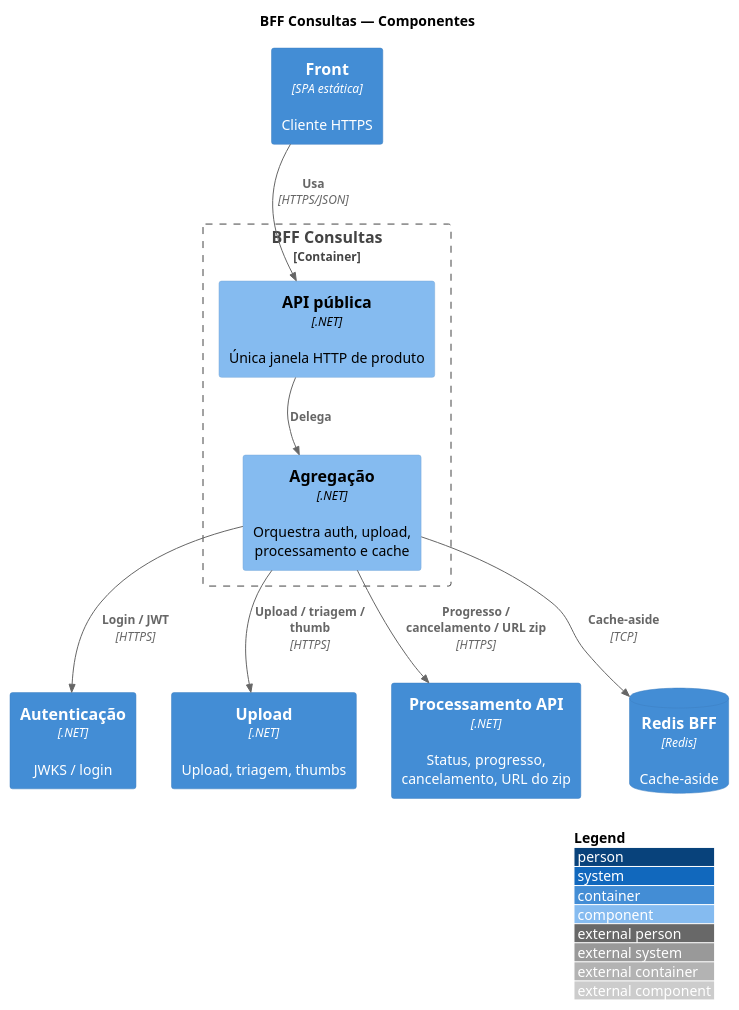
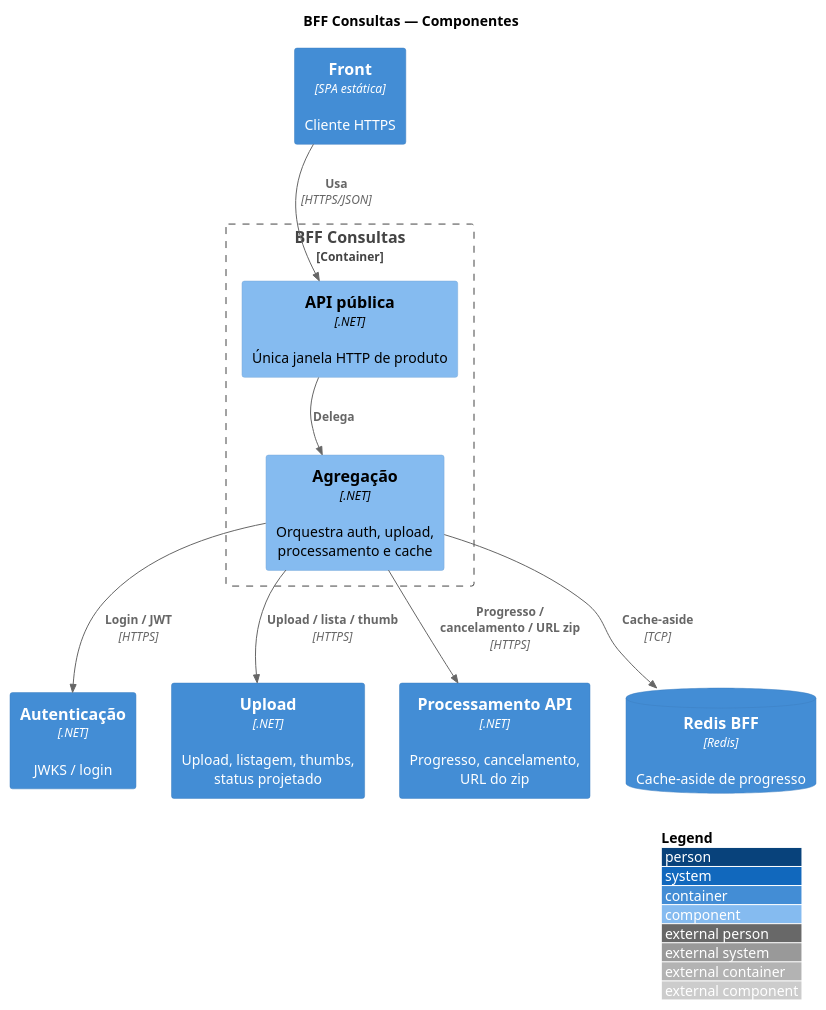
Before and after one commit to fiap-x-vcosta/docs: the diagram in arquitetura/09_componentes-bff.puml, drawn with PlantUML. The commit also changed 26 other files, not shown here.

Commit message:
docs: status de processamento unificado; Upload como projeção da listagem

```diff
--- a/arquitetura/09_componentes-bff.puml
+++ b/arquitetura/09_componentes-bff.puml
@@ -1,34 +1,34 @@
 @startuml 09_componentes-bff
 !include https://raw.githubusercontent.com/plantuml-stdlib/C4-PlantUML/master/C4_Component.puml
 
 LAYOUT_WITH_LEGEND()
 LAYOUT_TOP_DOWN()
 
 title BFF Consultas — Componentes
 
 Container(web, "Front", "SPA estática", "Cliente HTTPS")
 Container(auth, "Autenticação", ".NET", "JWKS / login")
-Container(upload, "Upload", ".NET", "Upload, triagem, thumbs")
-Container(procApi, "Processamento API", ".NET", "Status, progresso, cancelamento, URL do zip")
-ContainerDb(redis, "Redis BFF", "Redis", "Cache-aside")
+Container(upload, "Upload", ".NET", "Upload, listagem, thumbs, status projetado")
+Container(procApi, "Processamento API", ".NET", "Progresso, cancelamento, URL do zip")
+ContainerDb(redis, "Redis BFF", "Redis", "Cache-aside de progresso")
 
 Container_Boundary(bff, "BFF Consultas") {
   Component(gateway, "API pública", ".NET", "Única janela HTTP de produto")
   Component(agg, "Agregação", ".NET", "Orquestra auth, upload, processamento e cache")
 }
 
 Rel(web, gateway, "Usa", "HTTPS/JSON")
 Rel(gateway, agg, "Delega")
 Rel(agg, auth, "Login / JWT", "HTTPS")
-Rel(agg, upload, "Upload / triagem / thumb", "HTTPS")
+Rel(agg, upload, "Upload / lista / thumb", "HTTPS")
 Rel(agg, procApi, "Progresso / cancelamento / URL zip", "HTTPS")
 Rel(agg, redis, "Cache-aside", "TCP")
 
 Lay_D(web, gateway)
 Lay_D(gateway, agg)
 Lay_D(agg, redis)
 Lay_R(auth, upload)
 Lay_R(upload, procApi)
 Lay_D(agg, auth)
 
 @enduml
```
